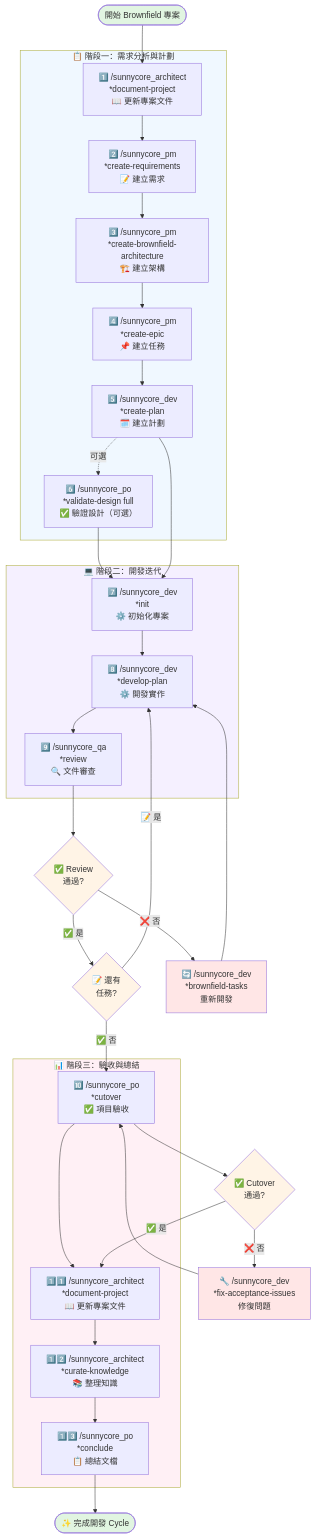
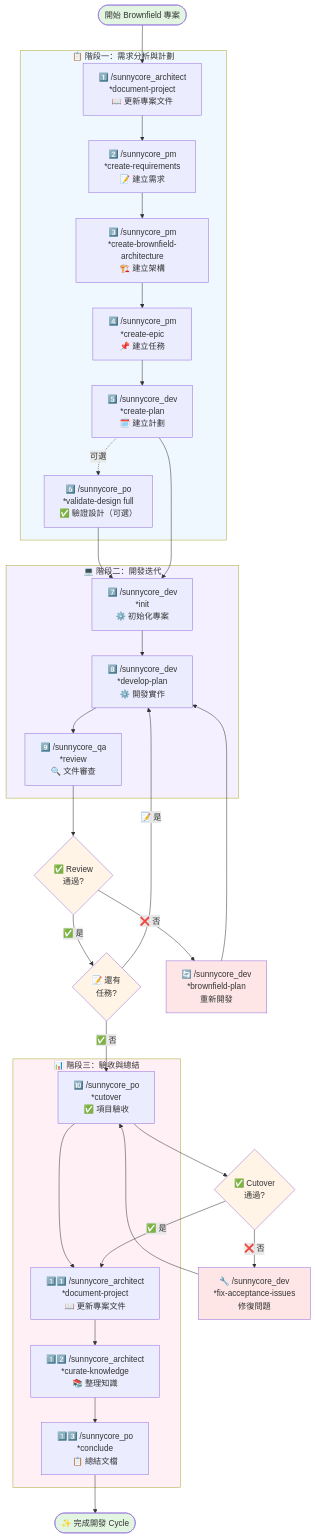
The third of 3 diagrams in claude code/README.md (Yamiyorunoshura/sunnycore), drawn with Mermaid before and after one commit. The commit also changed other lines of this file and 5 other files, not shown here.

First line of the commit message:
refactor(tasks): rename brownfield-tasks to brownfield-plan

````diff
--- a/claude code/README.md
+++ b/claude code/README.md
@@ -334,64 +334,64 @@
 ```mermaid
 flowchart TD
     Start([開始 Brownfield 專案]) --> A0
     
     subgraph Phase1 ["📋 階段一：需求分析與計劃"]
         A0["1️⃣ /sunnycore_architect<br/>*document-project<br/>📖 更新專案文件"]
         A1["2️⃣ /sunnycore_pm<br/>*create-requirements<br/>📝 建立需求"]
         A2["3️⃣ /sunnycore_pm<br/>*create-brownfield-architecture<br/>🏗️ 建立架構"]
         A3["4️⃣ /sunnycore_pm<br/>*create-epic<br/>📌 建立任務"]
         A4["5️⃣ /sunnycore_dev<br/>*create-plan<br/>🗓️ 建立計劃"]
         A5["6️⃣ /sunnycore_po<br/>*validate-design full<br/>✅ 驗證設計（可選）"]
         A0 --> A1 --> A2 --> A3 --> A4
         A4 -.->|"可選"| A5
     end
     
     subgraph Phase2 ["💻 階段二：開發迭代"]
         B0["7️⃣ /sunnycore_dev<br/>*init<br/>⚙️ 初始化專案"]
         B1["8️⃣ /sunnycore_dev<br/>*develop-plan<br/>⚙️ 開發實作"]
         B2["9️⃣ /sunnycore_qa<br/>*review<br/>🔍 文件審查"]
         B0 --> B1 --> B2
     end
     
     D1{"✅ Review<br/>通過?"}
     D2{"📝 還有<br/>任務?"}
-    R1["🔄 /sunnycore_dev<br/>*brownfield-tasks<br/>重新開發"]
+    R1["🔄 /sunnycore_dev<br/>*brownfield-plan<br/>重新開發"]
     
     subgraph Phase3 ["📊 階段三：驗收與總結"]
         C0["🔟 /sunnycore_po<br/>*cutover<br/>✅ 項目驗收"]
         C1["1️⃣1️⃣ /sunnycore_architect<br/>*document-project<br/>📖 更新專案文件"]
         C2["1️⃣2️⃣ /sunnycore_architect<br/>*curate-knowledge<br/>📚 整理知識"]
         C3["1️⃣3️⃣ /sunnycore_po<br/>*conclude<br/>📋 總結文檔"]
         C0 --> C1 --> C2 --> C3
     end
     
     D3{"✅ Cutover<br/>通過?"}
     R2["🔧 /sunnycore_dev<br/>*fix-acceptance-issues<br/>修復問題"]
     
     Done([✨ 完成開發 Cycle])
     
     A5 --> B0
     A4 --> B0
     B2 --> D1
     D1 -->|"❌ 否"| R1
     R1 --> B1
     D1 -->|"✅ 是"| D2
     D2 -->|"📝 是"| B1
     D2 -->|"✅ 否"| C0
     C0 --> D3
     D3 -->|"❌ 否"| R2
     R2 --> C0
     D3 -->|"✅ 是"| C1
     C3 --> Done
     
     style Start fill:#e1f5e1
     style Done fill:#e1f5e1
     style D1 fill:#fff4e6
     style D2 fill:#fff4e6
     style D3 fill:#fff4e6
     style R1 fill:#ffe6e6
     style R2 fill:#ffe6e6
     style Phase1 fill:#f0f8ff
     style Phase2 fill:#f5f0ff
     style Phase3 fill:#fff0f5
 ```
````
